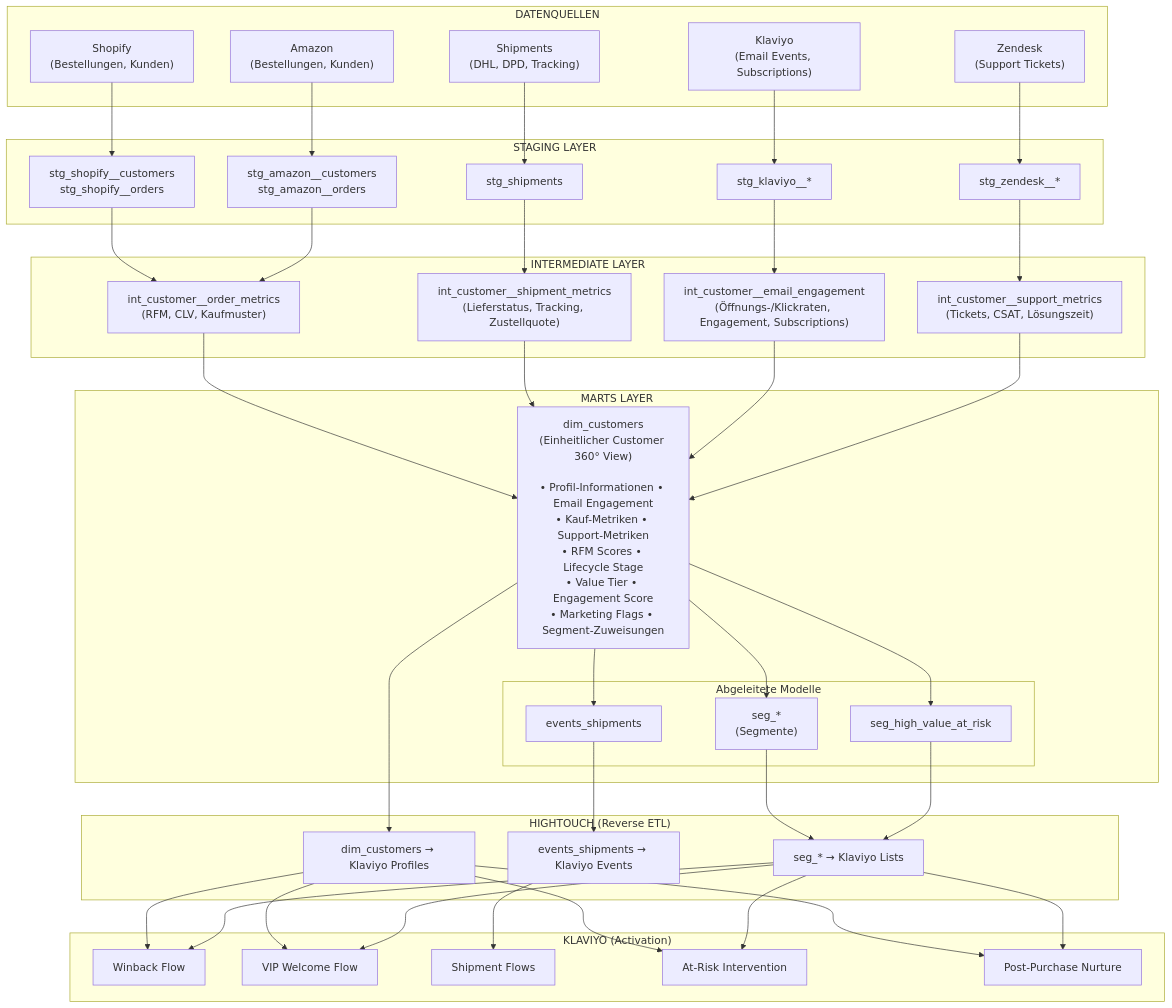
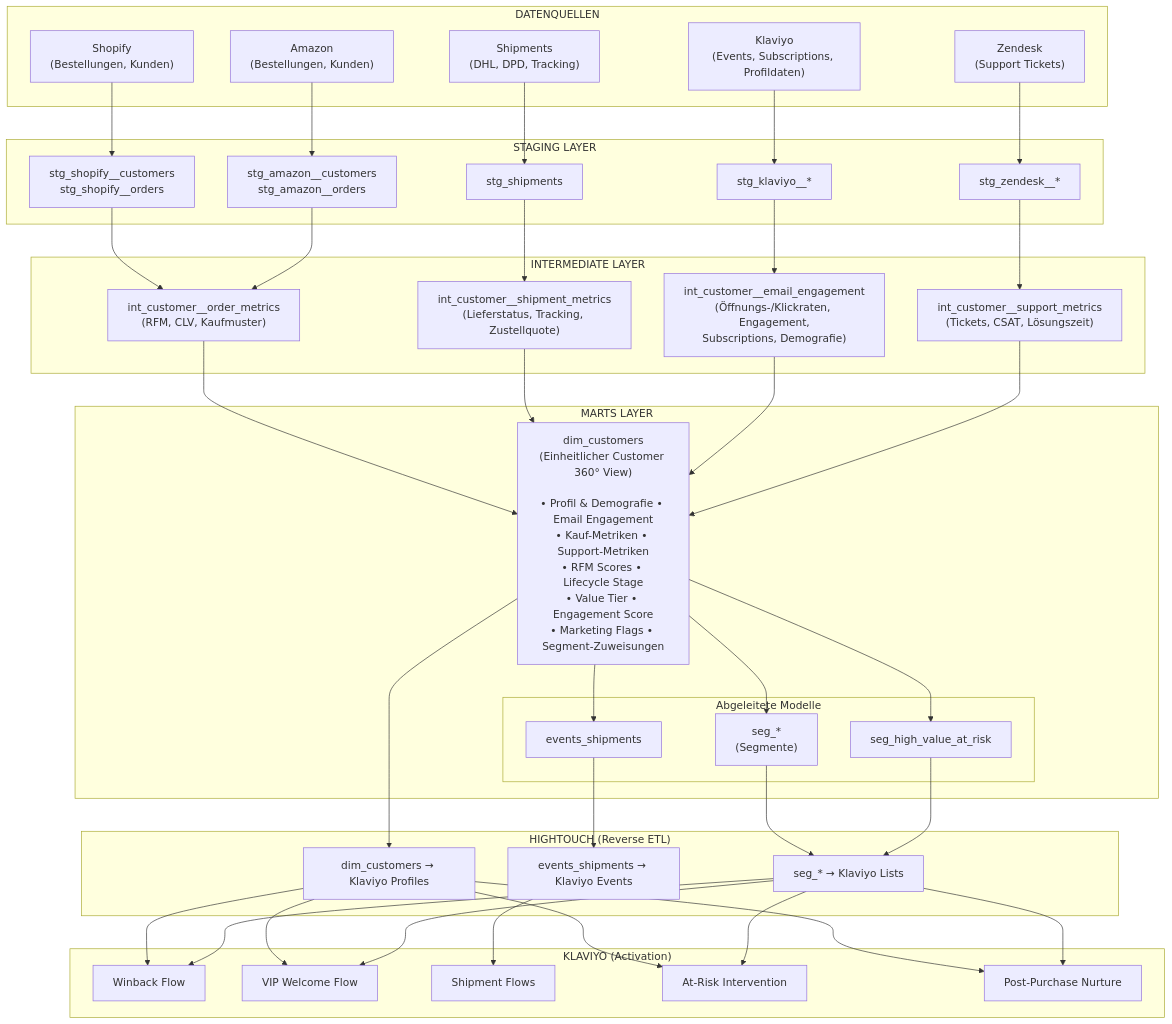
One commit to Thalrion/mlcd_360_customer_data_pipeline changed the second of 2 diagrams in README.md. Above: the diagram before and after it, drawn with Mermaid. The commit also changed other lines of this file, not shown here.

Commit message:
Ergänze demografische Kundendaten aus Klaviyo-Profilen
- Klaviyo liefert nun auch Profildaten (Alter, Geschlecht) aus Newsletter-Anmeldungen
- Neue Metriken: gender, birth_date/age, has_demographic_data
- Intermediate Layer verarbeitet Demografie-Daten
- dim_customers enthält Profil & Demografie

🤖 Generated with [Claude Code](https://claude.com/claude-code)

```diff
--- a/README.md
+++ b/README.md
@@ -43,7 +43,7 @@
         shopify["Shopify<br/>(Bestellungen, Kunden)"]
         amazon["Amazon<br/>(Bestellungen, Kunden)"]
         shipments["Shipments<br/>(DHL, DPD, Tracking)"]
-        klaviyo_in["Klaviyo<br/>(Email Events, Subscriptions)"]
+        klaviyo_in["Klaviyo<br/>(Events, Subscriptions, Profildaten)"]
         zendesk["Zendesk<br/>(Support Tickets)"]
     end
 
@@ -58,12 +58,12 @@
     subgraph intermediate["INTERMEDIATE LAYER"]
         int_order["int_customer__order_metrics<br/>(RFM, CLV, Kaufmuster)"]
         int_ship["int_customer__shipment_metrics<br/>(Lieferstatus, Tracking, Zustellquote)"]
-        int_email["int_customer__email_engagement<br/>(Öffnungs-/Klickraten, Engagement, Subscriptions)"]
+        int_email["int_customer__email_engagement<br/>(Öffnungs-/Klickraten, Engagement,<br/>Subscriptions, Demografie)"]
         int_support["int_customer__support_metrics<br/>(Tickets, CSAT, Lösungszeit)"]
     end
 
     subgraph marts["MARTS LAYER"]
-        dim_customers["dim_customers<br/>(Einheitlicher Customer 360° View)<br/><br/>• Profil-Informationen • Email Engagement<br/>• Kauf-Metriken • Support-Metriken<br/>• RFM Scores • Lifecycle Stage<br/>• Value Tier • Engagement Score<br/>• Marketing Flags • Segment-Zuweisungen"]
+        dim_customers["dim_customers<br/>(Einheitlicher Customer 360° View)<br/><br/>• Profil &amp; Demografie • Email Engagement<br/>• Kauf-Metriken • Support-Metriken<br/>• RFM Scores • Lifecycle Stage<br/>• Value Tier • Engagement Score<br/>• Marketing Flags • Segment-Zuweisungen"]
 
         subgraph marts_outputs["Abgeleitete Modelle"]
             seg["seg_*<br/>(Segmente)"]
```
